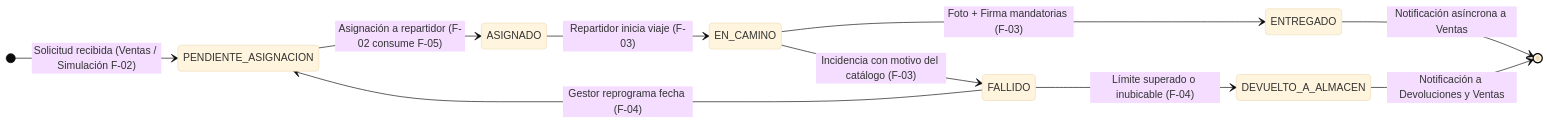
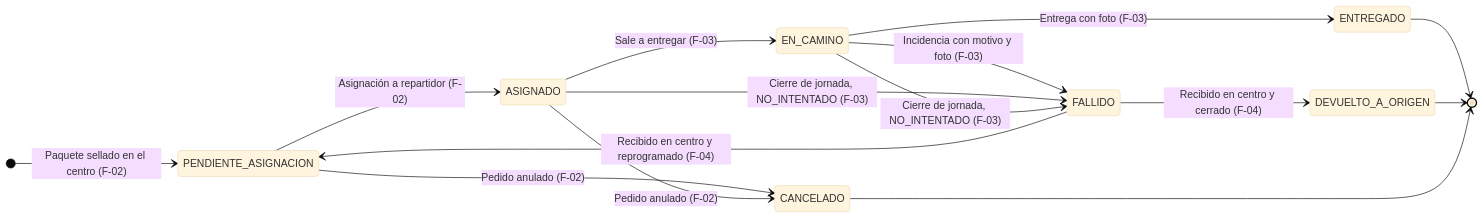
Before and after one commit to Taller-SW-Web/G2-Despacho-Specs: the second of 2 diagrams in specs/overview.md, drawn with Mermaid (base theme). The commit also changed other lines of this file and 7 other files, not shown here.

````diff
--- a/specs/overview.md
+++ b/specs/overview.md
@@ -72,13 +152,18 @@
 ```mermaid
 stateDiagram-v2
     direction LR
-    [*] --> PENDIENTE_ASIGNACION: Solicitud recibida (Ventas / Simulación F-02)
-    PENDIENTE_ASIGNACION --> ASIGNADO: Asignación a repartidor (F-02 consume F-05)
-    ASIGNADO --> EN_CAMINO: Repartidor inicia viaje (F-03)
-    EN_CAMINO --> ENTREGADO: Foto + Firma mandatorias (F-03)
-    EN_CAMINO --> FALLIDO: Incidencia con motivo del catálogo (F-03)
-    FALLIDO --> PENDIENTE_ASIGNACION: Gestor reprograma fecha (F-04)
-    FALLIDO --> DEVUELTO_A_ALMACEN: Límite superado o inubicable (F-04)
-    ENTREGADO --> [*]: Notificación asíncrona a Ventas
-    DEVUELTO_A_ALMACEN --> [*]: Notificación a Devoluciones y Ventas
+    [*] --> PENDIENTE_ASIGNACION: Paquete sellado en el centro (F-02)
+    PENDIENTE_ASIGNACION --> ASIGNADO: Asignación a repartidor (F-02)
+    PENDIENTE_ASIGNACION --> CANCELADO: Pedido anulado (F-02)
+    ASIGNADO --> CANCELADO: Pedido anulado (F-02)
+    ASIGNADO --> EN_CAMINO: Sale a entregar (F-03)
+    EN_CAMINO --> ENTREGADO: Entrega con foto (F-03)
+    EN_CAMINO --> FALLIDO: Incidencia con motivo y foto (F-03)
+    ASIGNADO --> FALLIDO: Cierre de jornada, NO_INTENTADO (F-03)
+    EN_CAMINO --> FALLIDO: Cierre de jornada, NO_INTENTADO (F-03)
+    FALLIDO --> PENDIENTE_ASIGNACION: Recibido en centro y reprogramado (F-04)
+    FALLIDO --> DEVUELTO_A_ORIGEN: Recibido en centro y cerrado (F-04)
+    ENTREGADO --> [*]
+    DEVUELTO_A_ORIGEN --> [*]
+    CANCELADO --> [*]
 ```
````
